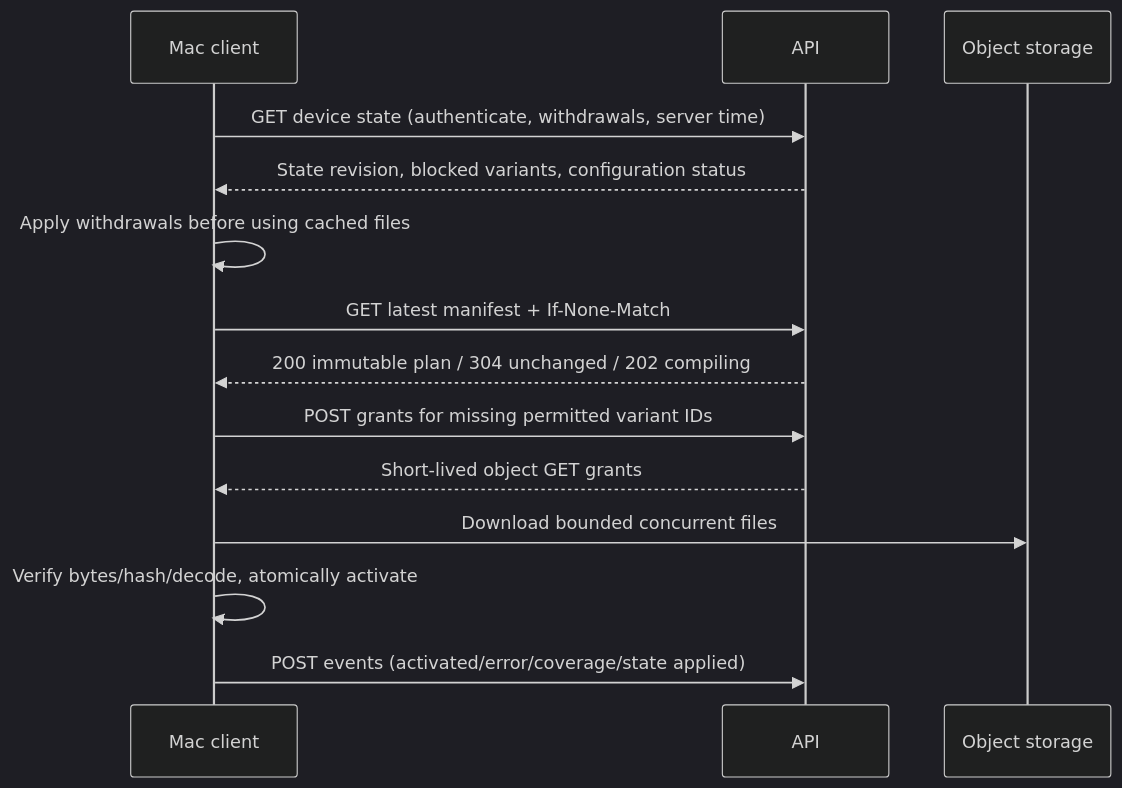
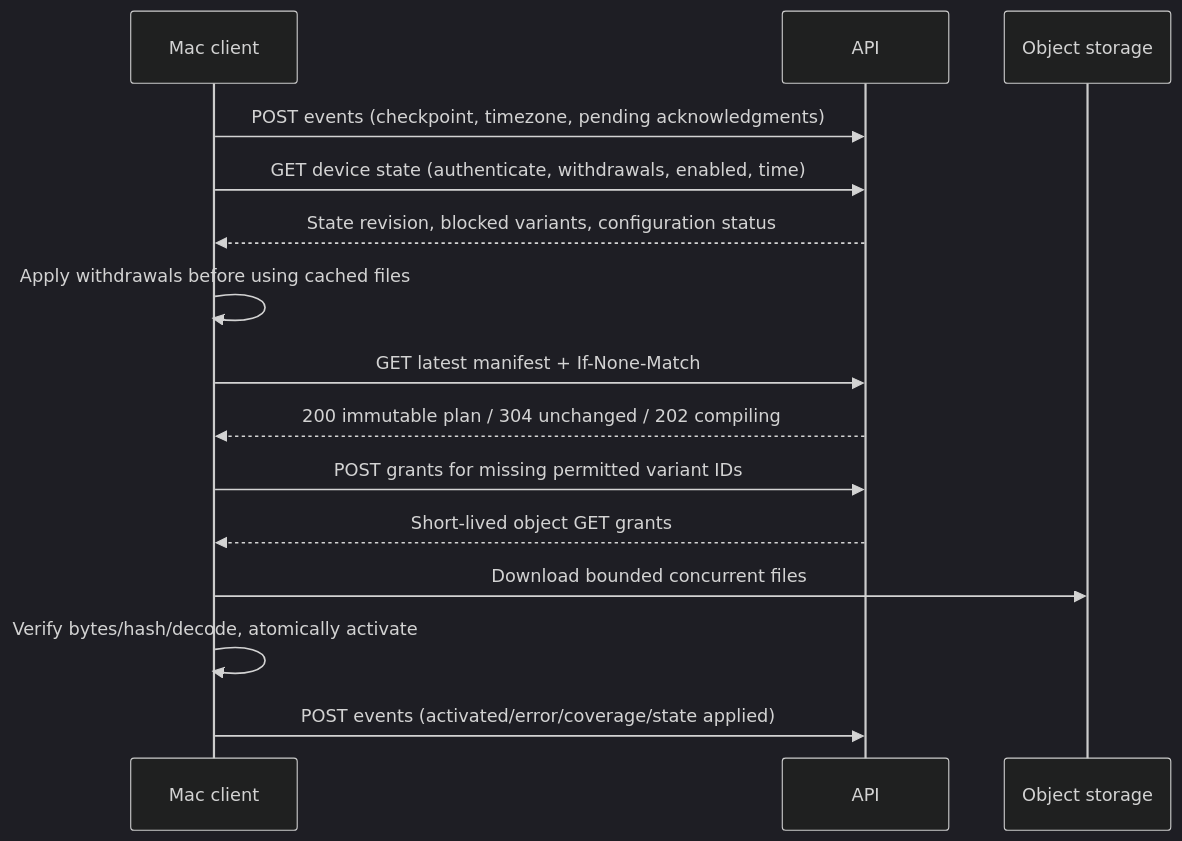
Before and after one commit to utkarshjosh/walls-app: the diagram in specs/02-scheduling-and-sync.md, drawn with Mermaid (dark theme). The commit also changed other lines of this file and 25 other files, not shown here.

````diff
--- a/specs/02-scheduling-and-sync.md
+++ b/specs/02-scheduling-and-sync.md
@@ -43,16 +37,17 @@
 ```mermaid
 sequenceDiagram
   participant C as Mac client
   participant A as API
   participant O as Object storage
-  C->>A: GET device state (authenticate, withdrawals, server time)
+  C->>A: POST events (checkpoint, timezone, pending acknowledgments)
+  C->>A: GET device state (authenticate, withdrawals, enabled, time)
   A-->>C: State revision, blocked variants, configuration status
   C->>C: Apply withdrawals before using cached files
   C->>A: GET latest manifest + If-None-Match
   A-->>C: 200 immutable plan / 304 unchanged / 202 compiling
   C->>A: POST grants for missing permitted variant IDs
   A-->>C: Short-lived object GET grants
   C->>O: Download bounded concurrent files
   C->>C: Verify bytes/hash/decode, atomically activate
   C->>A: POST events (activated/error/coverage/state applied)
 ```
````
